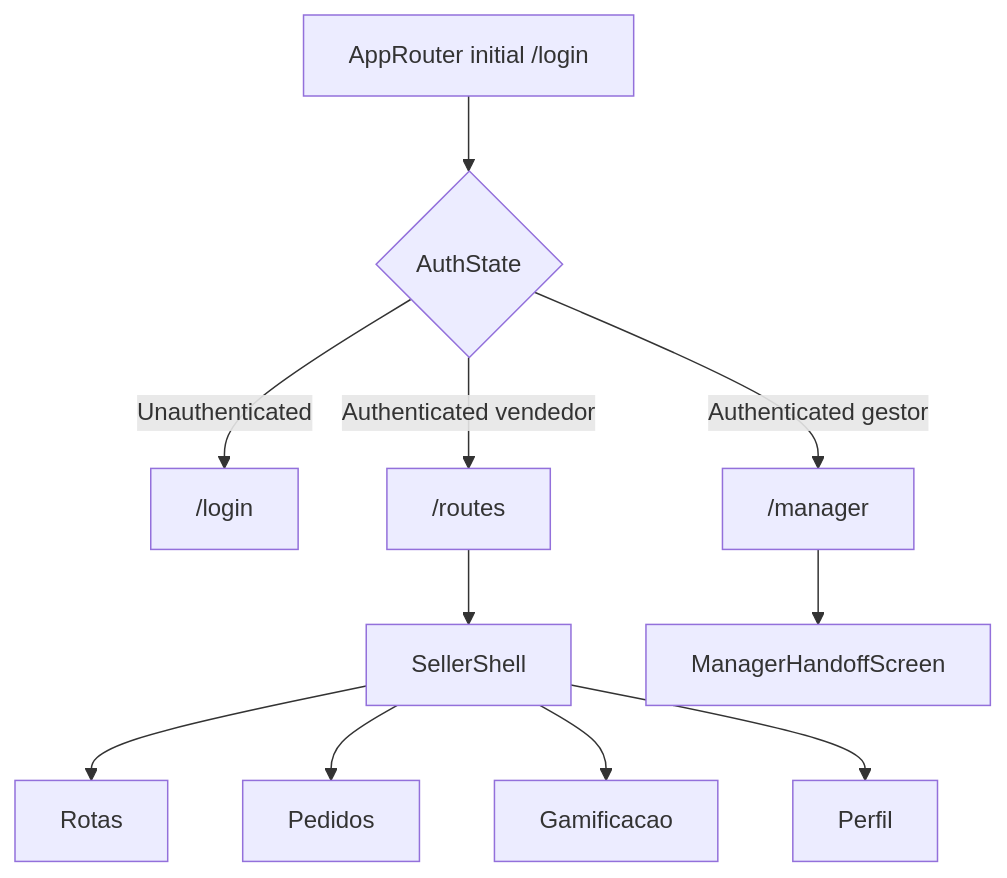
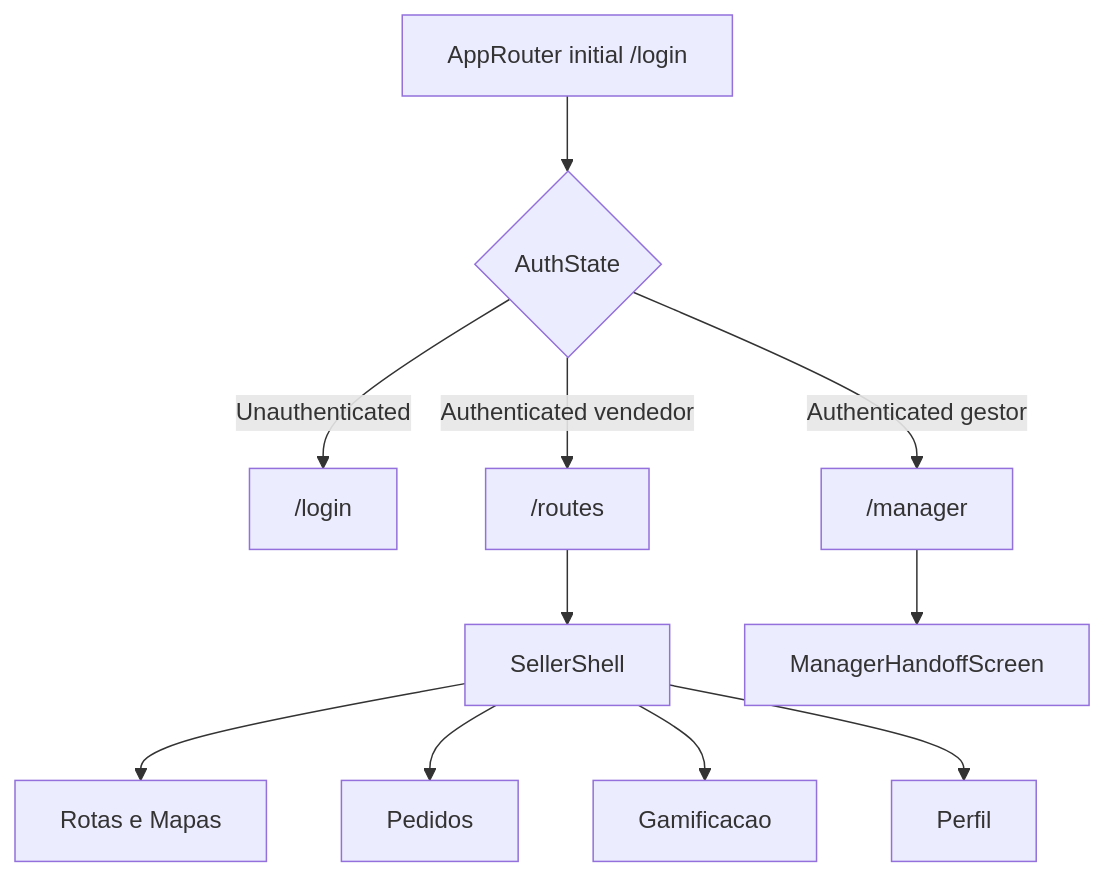
Before and after one commit to RenanDiniz21/performaz-mobile: the seventh of 8 diagrams in docs/APRESENTACAO_TECNICA_COMPLETA.md, drawn with Mermaid. The commit also changed other lines of this file and 21 other files, not shown here.

````diff
--- a/docs/APRESENTACAO_TECNICA_COMPLETA.md
+++ b/docs/APRESENTACAO_TECNICA_COMPLETA.md
@@ -949,13 +961,13 @@
 ```mermaid
 flowchart TD
     A["AppRouter initial /login"] --> B{"AuthState"}
     B -->|Unauthenticated| C["/login"]
     B -->|Authenticated vendedor| D["/routes"]
     B -->|Authenticated gestor| E["/manager"]
     D --> F["SellerShell"]
-    F --> G["Rotas"]
+    F --> G["Rotas e Mapas"]
     F --> H["Pedidos"]
     F --> I["Gamificacao"]
     F --> J["Perfil"]
     E --> K["ManagerHandoffScreen"]
 ```
````
